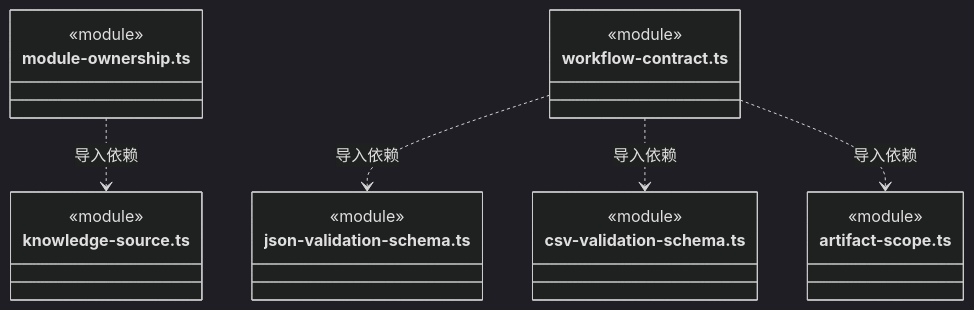
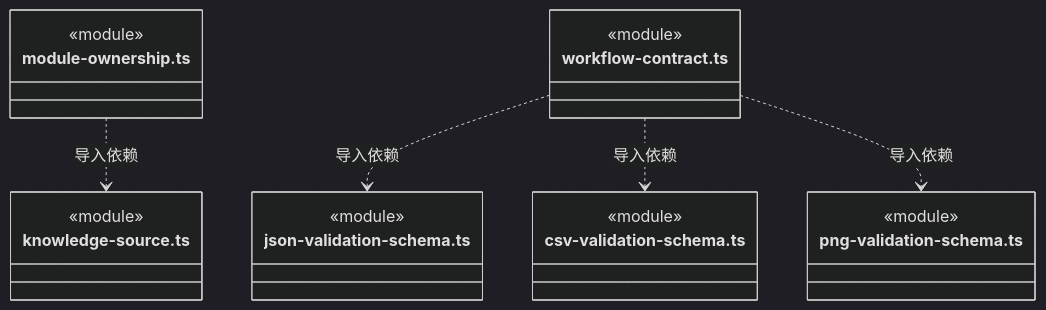
Before and after one commit to nan023062/cbim: diagram 33 of 35 in src/backend/core/workspace/ARCHITECTURE.md, drawn with Mermaid (dark theme). The commit also changed other lines of this file and 47 other files, not shown here.

````diff
--- a/src/backend/core/workspace/ARCHITECTURE.md
+++ b/src/backend/core/workspace/ARCHITECTURE.md
@@ -732,25 +759,25 @@
 ```mermaid
 classDiagram
 class N_src_backend_core_workspace_module_ownership_ts["module-ownership.ts"] {
   <<module>>
 }
 class N_src_backend_core_workspace_knowledge_source_ts["knowledge-source.ts"] {
   <<module>>
 }
 class N_src_backend_core_workspace_workflow_contract_ts["workflow-contract.ts"] {
   <<module>>
 }
 class N_src_backend_core_workspace_json_validation_schema_ts["json-validation-schema.ts"] {
   <<module>>
 }
 class N_src_backend_core_workspace_csv_validation_schema_ts["csv-validation-schema.ts"] {
   <<module>>
 }
-class N_src_backend_core_workspace_artifact_scope_ts["artifact-scope.ts"] {
+class N_src_backend_core_workspace_png_validation_schema_ts["png-validation-schema.ts"] {
   <<module>>
 }
 N_src_backend_core_workspace_module_ownership_ts ..> N_src_backend_core_workspace_knowledge_source_ts : 导入依赖
 N_src_backend_core_workspace_workflow_contract_ts ..> N_src_backend_core_workspace_json_validation_schema_ts : 导入依赖
 N_src_backend_core_workspace_workflow_contract_ts ..> N_src_backend_core_workspace_csv_validation_schema_ts : 导入依赖
-N_src_backend_core_workspace_workflow_contract_ts ..> N_src_backend_core_workspace_artifact_scope_ts : 导入依赖
+N_src_backend_core_workspace_workflow_contract_ts ..> N_src_backend_core_workspace_png_validation_schema_ts : 导入依赖
 ```
````
